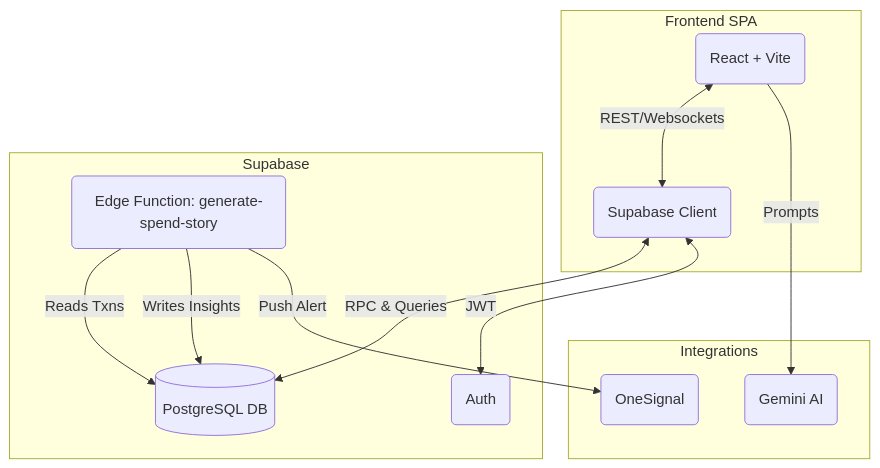
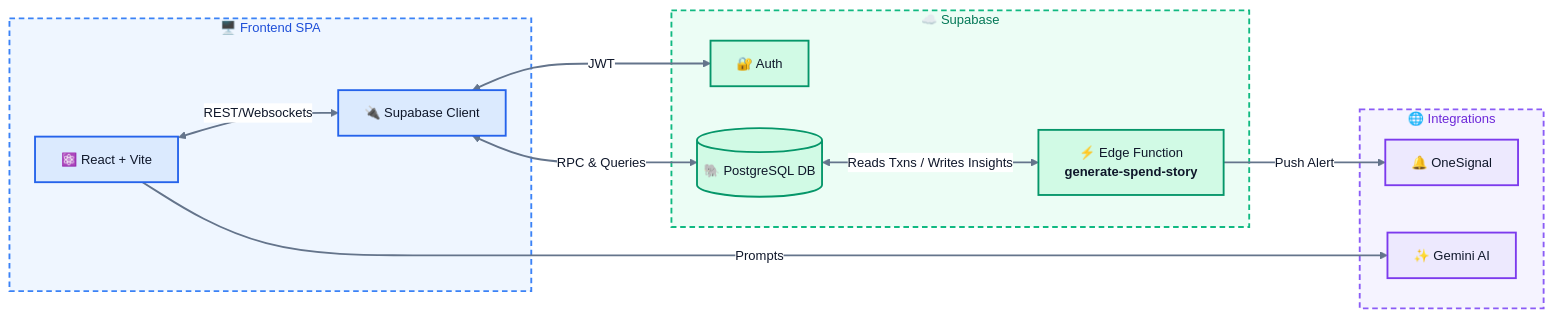
Before and after one commit to Adamya-Varshney/Pocket: the third of 10 diagrams in README.md, drawn with Mermaid. The commit also changed other lines of this file, not shown here.

First line of the commit message:
docs(readme): restyle diagrams with a bright, sharp visual theme (#4)

````diff
--- a/README.md
+++ b/README.md
@@ -119,24 +121,34 @@
 ```mermaid
-flowchart TD
-    subgraph Client [Frontend SPA]
-        A(React + Vite)
-        B(Supabase Client)
+%%{init: {"theme":"base","themeVariables":{"fontFamily":"Inter, Segoe UI, Helvetica Neue, Arial, sans-serif","fontSize":"14px","primaryColor":"#DBEAFE","primaryTextColor":"#0F172A","primaryBorderColor":"#2563EB","lineColor":"#64748B","edgeLabelBackground":"#FFFFFF","clusterBkg":"#F8FAFC","clusterBorder":"#CBD5E1"},"flowchart":{"curve":"basis","nodeSpacing":45,"rankSpacing":55,"padding":14}}}%%
+flowchart LR
+    subgraph Client["🖥️ Frontend SPA"]
+        A["⚛️ React + Vite"]
+        B["🔌 Supabase Client"]
     end
-    subgraph Cloud [Supabase]
-        C[(PostgreSQL DB)]
-        D(Auth)
-        E(Edge Function: generate-spend-story)
+    subgraph Cloud["☁️ Supabase"]
+        D["🔐 Auth"]
+        C[("🐘 PostgreSQL DB")]
+        E["⚡ Edge Function<br/><b>generate-spend-story</b>"]
     end
-    subgraph ThirdParty [Integrations]
-        F(OneSignal)
-        G(Gemini AI)
+    subgraph ThirdParty["🌐 Integrations"]
+        F["🔔 OneSignal"]
+        G["✨ Gemini AI"]
     end
-    
+
     A <-->|REST/Websockets| B
+    B <-->|JWT| D
     B <-->|RPC & Queries| C
-    B <-->|JWT| D
-    E -->|Reads Txns| C
-    E -->|Writes Insights| C
+    C <-->|Reads Txns / Writes Insights| E
     E -->|Push Alert| F
     A -->|Prompts| G
+    classDef client fill:#DBEAFE,stroke:#2563EB,stroke-width:2px,color:#0F172A
+    classDef cloud fill:#D1FAE5,stroke:#059669,stroke-width:2px,color:#0F172A
+    classDef ext fill:#EDE9FE,stroke:#7C3AED,stroke-width:2px,color:#0F172A
+    class A,B client
+    class C,D,E cloud
+    class F,G ext
+    style Client fill:#EFF6FF,stroke:#3B82F6,stroke-width:2px,stroke-dasharray:6 4,color:#1D4ED8
+    style Cloud fill:#ECFDF5,stroke:#10B981,stroke-width:2px,stroke-dasharray:6 4,color:#047857
+    style ThirdParty fill:#F5F3FF,stroke:#8B5CF6,stroke-width:2px,stroke-dasharray:6 4,color:#6D28D9
+    linkStyle default stroke:#64748B,stroke-width:2px
 ```
````
